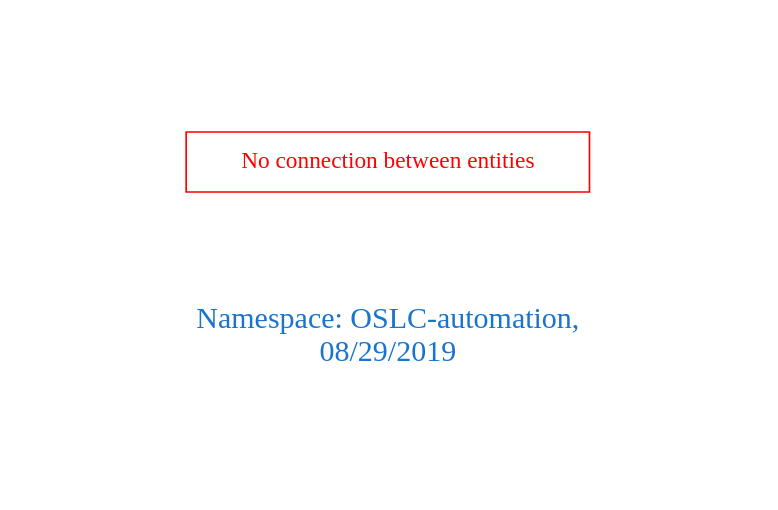
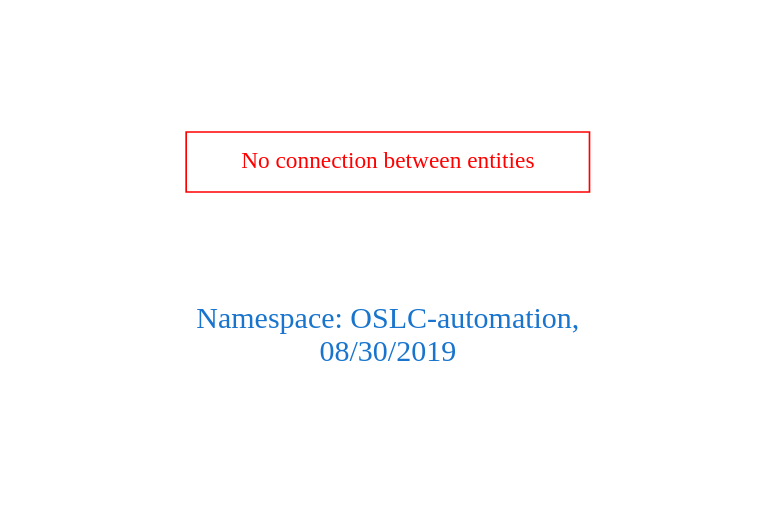
The diagram in downloads/OSLC-automation.dot (arago/OGIT), drawn with Graphviz before and after one commit. The commit also changed 1500 other files, not shown here.

```diff
--- a/downloads/OSLC-automation.dot
+++ b/downloads/OSLC-automation.dot
@@ -1,9 +1,9 @@
 digraph OGIT_ontology {
  graph [ rankdir= LR,pad=1 
 fontsize = 18,
-fontcolor= dodgerblue3,label = "\n\n\nNamespace: OSLC-automation, \n 08/29/2019"];
+fontcolor= dodgerblue3,label = "\n\n\nNamespace: OSLC-automation, \n 08/30/2019"];
 node[shape=polygon];
 edge [  color="gray81"];
 
 "No connection between entities" [fontcolor = "red",color="red", shape="polygon"]
 }
```
